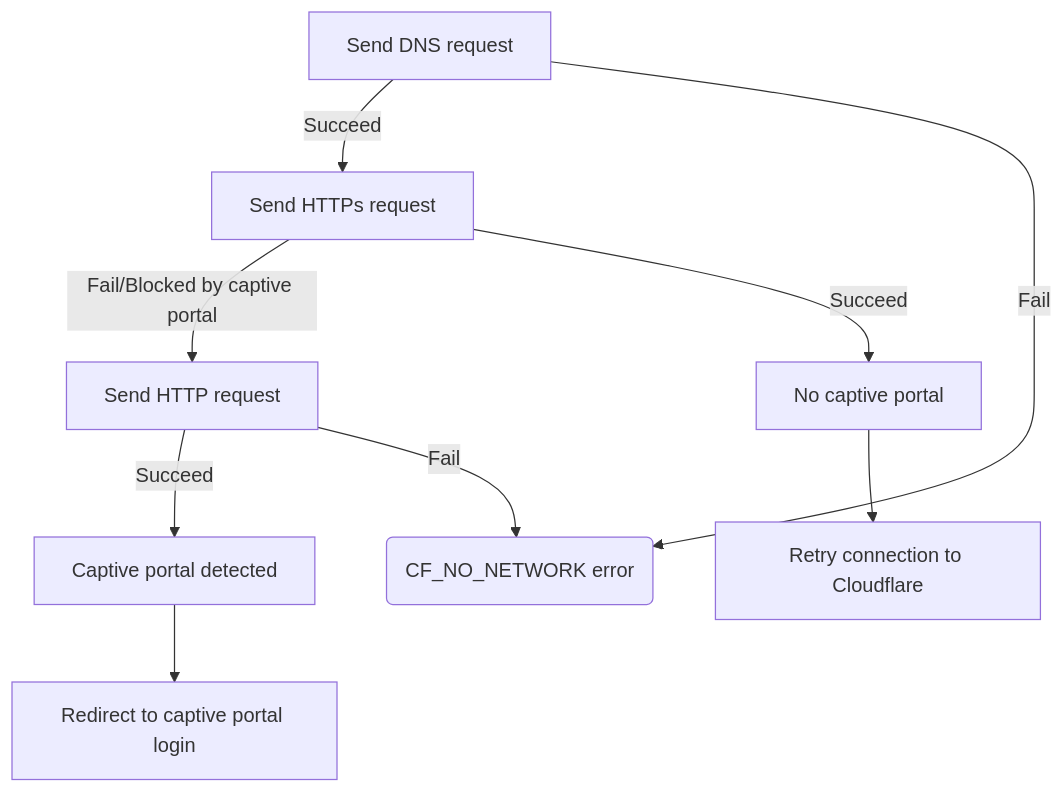
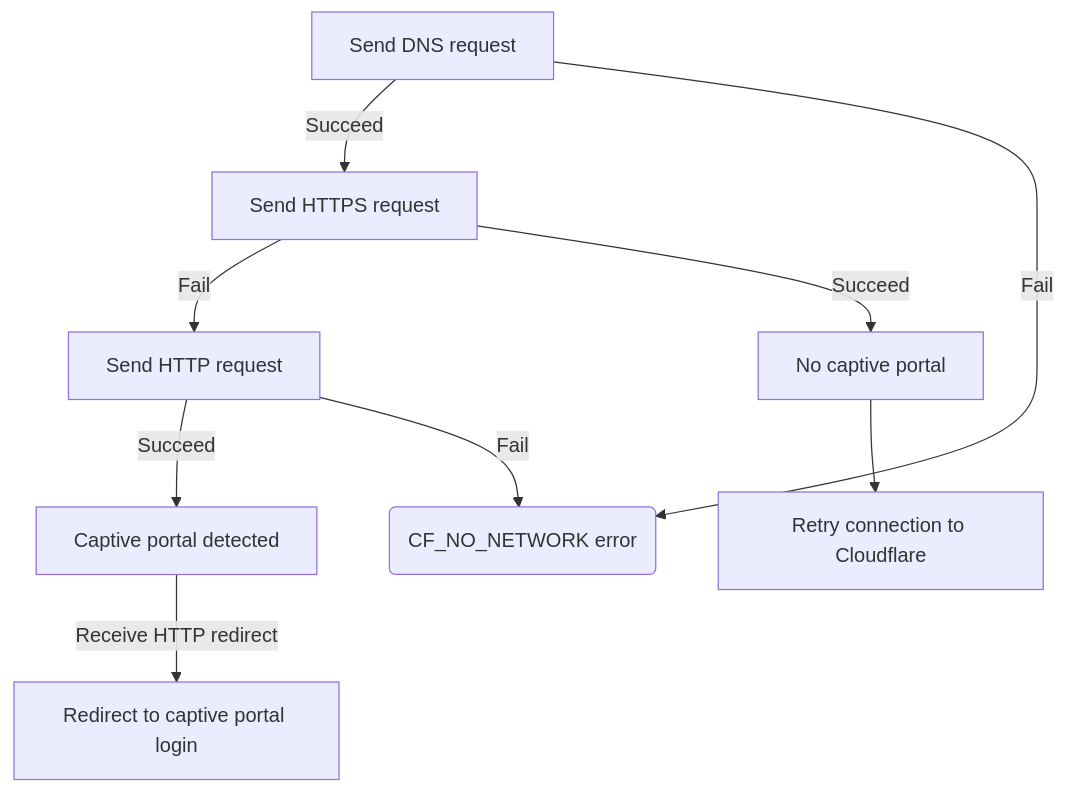
The diagram in content/cloudflare-one/connections/connect-devices/warp/configure-warp/warp-settings/captive-portals.md (cloudflare/cloudflare-docs), drawn with Mermaid before and after one commit. The commit also changed other lines of this file and 1 other file, not shown here.

````diff
--- a/content/cloudflare-one/connections/connect-devices/warp/configure-warp/warp-settings/captive-portals.md
+++ b/content/cloudflare-one/connections/connect-devices/warp/configure-warp/warp-settings/captive-portals.md
@@ -24,10 +32,10 @@
 ```mermaid
 flowchart TB
 accTitle: Captive portal detection
 
 
-A[Send DNS request] --Succeed--> B[Send HTTPs request]--Fail/Blocked by captive portal--> C[Send HTTP request] --Succeed--> D[Captive portal detected]-->I[Redirect to captive portal login]
+A[Send DNS request] --Succeed--> B[Send HTTPS request]--Fail--> C[Send HTTP request] --Succeed--> D[Captive portal detected]--Receive HTTP redirect-->I[Redirect to captive portal login]
 A --Fail--> F(CF_NO_NETWORK error)
 C --Fail--> F
 B --Succeed--> G[No captive portal]--> H[Retry connection to Cloudflare]
 ```
````
